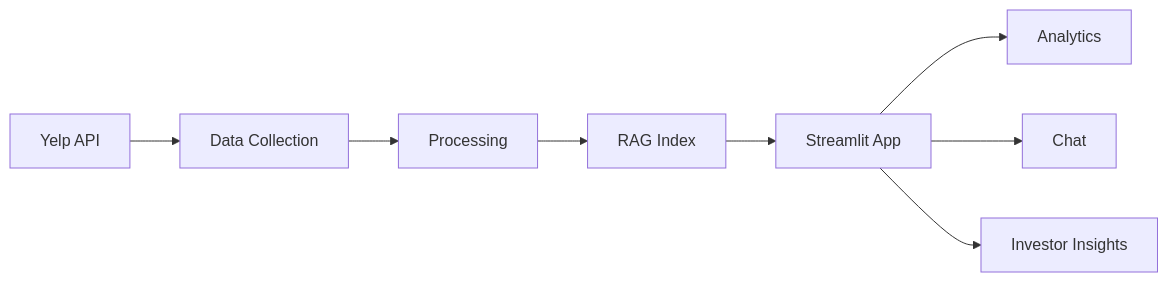
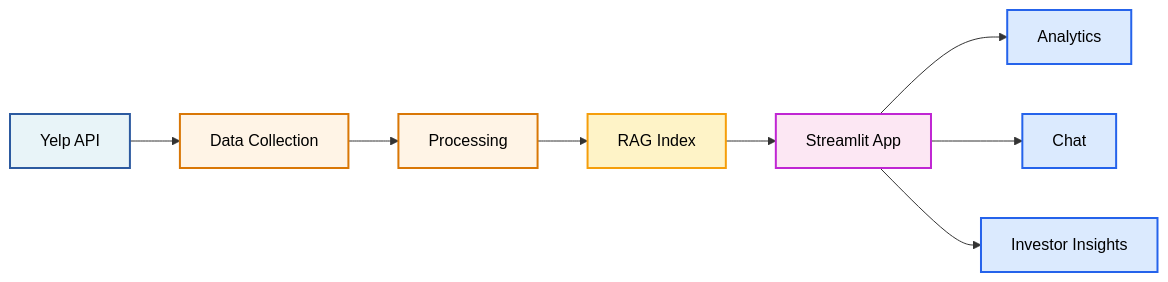
Before and after one commit to dcbhupendra7/Yelp-Odessa-Midland: the diagram in docs/index.md, drawn with Mermaid. The commit also changed 1 other file, not shown here.

Commit message:
fix:color change for mkdocs

````diff
--- a/docs/index.md
+++ b/docs/index.md
@@ -86,10 +86,16 @@
 ```mermaid
 graph LR
-    A[Yelp API] --> B[Data Collection]
-    B --> C[Processing]
-    C --> D[RAG Index]
-    D --> E[Streamlit App]
-    E --> F[Analytics]
-    E --> G[Chat]
-    E --> H[Investor Insights]
+    classDef apiClass fill:#e8f4f8,stroke:#2c5aa0,stroke-width:2px,color:#000
+    classDef processClass fill:#fff4e6,stroke:#d97706,stroke-width:2px,color:#000
+    classDef ragClass fill:#fef3c7,stroke:#f59e0b,stroke-width:2px,color:#000
+    classDef appClass fill:#fce7f3,stroke:#c026d3,stroke-width:2px,color:#000
+    classDef pageClass fill:#dbeafe,stroke:#2563eb,stroke-width:2px,color:#000
+    
+    A[Yelp API]:::apiClass --> B[Data Collection]:::processClass
+    B --> C[Processing]:::processClass
+    C --> D[RAG Index]:::ragClass
+    D --> E[Streamlit App]:::appClass
+    E --> F[Analytics]:::pageClass
+    E --> G[Chat]:::pageClass
+    E --> H[Investor Insights]:::pageClass
 ```
````
